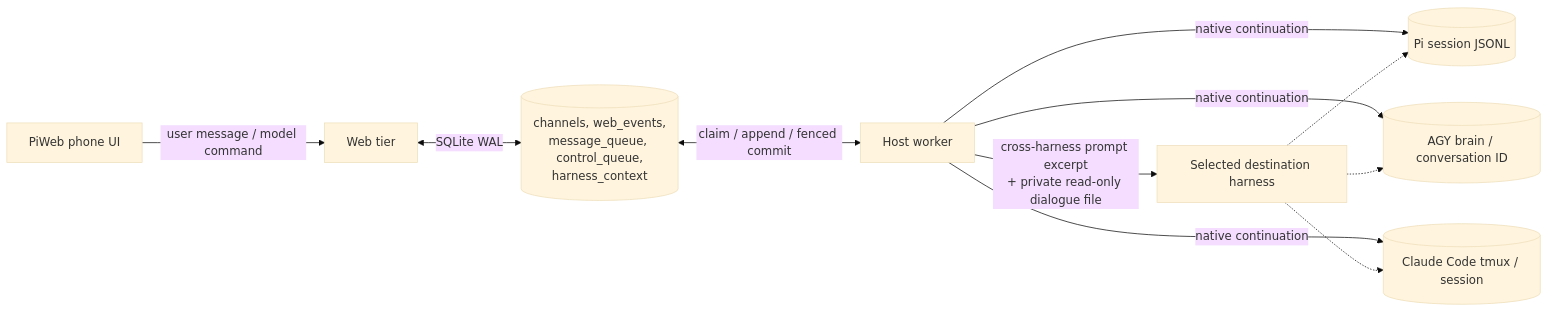
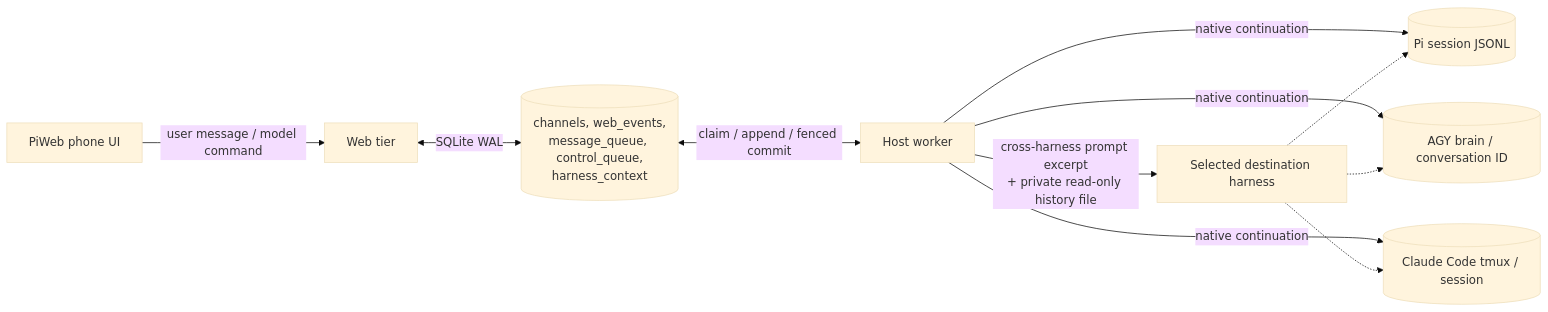
Before and after one commit to AyaSakura-comp/piweb: the first of 2 diagrams in docs/cross-harness-context.md, drawn with Mermaid (base theme). The commit also changed other lines of this file and 5 other files, not shown here.

Commit message:
feat: preserve recorded tool history across harness switches

````diff
--- a/docs/cross-harness-context.md
+++ b/docs/cross-harness-context.md
@@ -14,13 +14,13 @@
 ```mermaid
 flowchart LR
   UI[PiWeb phone UI] -->|user message / model command| WEB[Web tier]
   WEB <-->|SQLite WAL| DB[(channels, web_events,<br/>message_queue, control_queue,<br/>harness_context)]
   DB <-->|claim / append / fenced commit| WORKER[Host worker]
   WORKER -->|native continuation| PI[(Pi session JSONL)]
   WORKER -->|native continuation| AGY[(AGY brain / conversation ID)]
   WORKER -->|native continuation| CLAUDE[(Claude Code tmux / session)]
-  WORKER -->|cross-harness prompt excerpt<br/>+ private read-only dialogue file| TARGET[Selected destination harness]
+  WORKER -->|cross-harness prompt excerpt<br/>+ private read-only history file| TARGET[Selected destination harness]
   TARGET -.-> PI
   TARGET -.-> AGY
   TARGET -.-> CLAUDE
 ```
````
